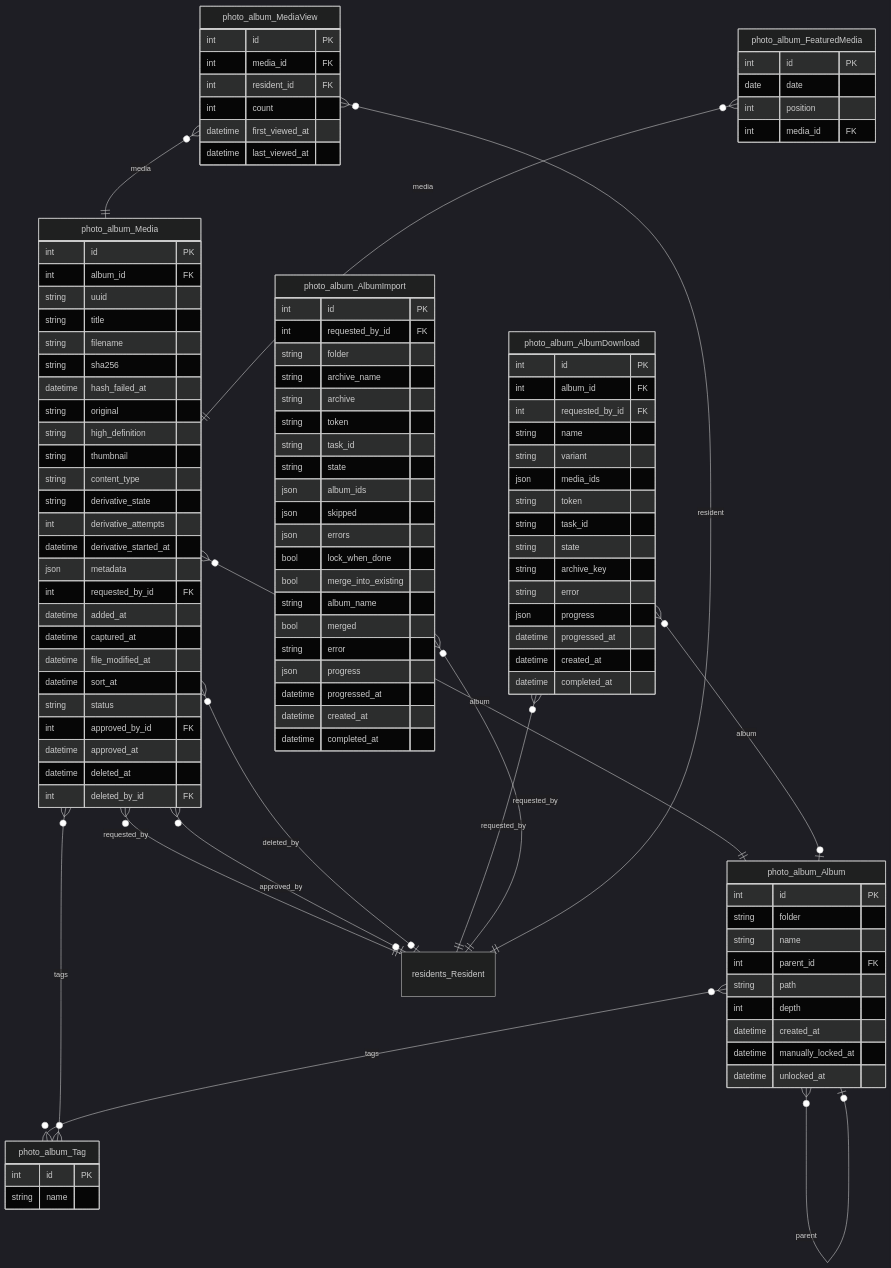
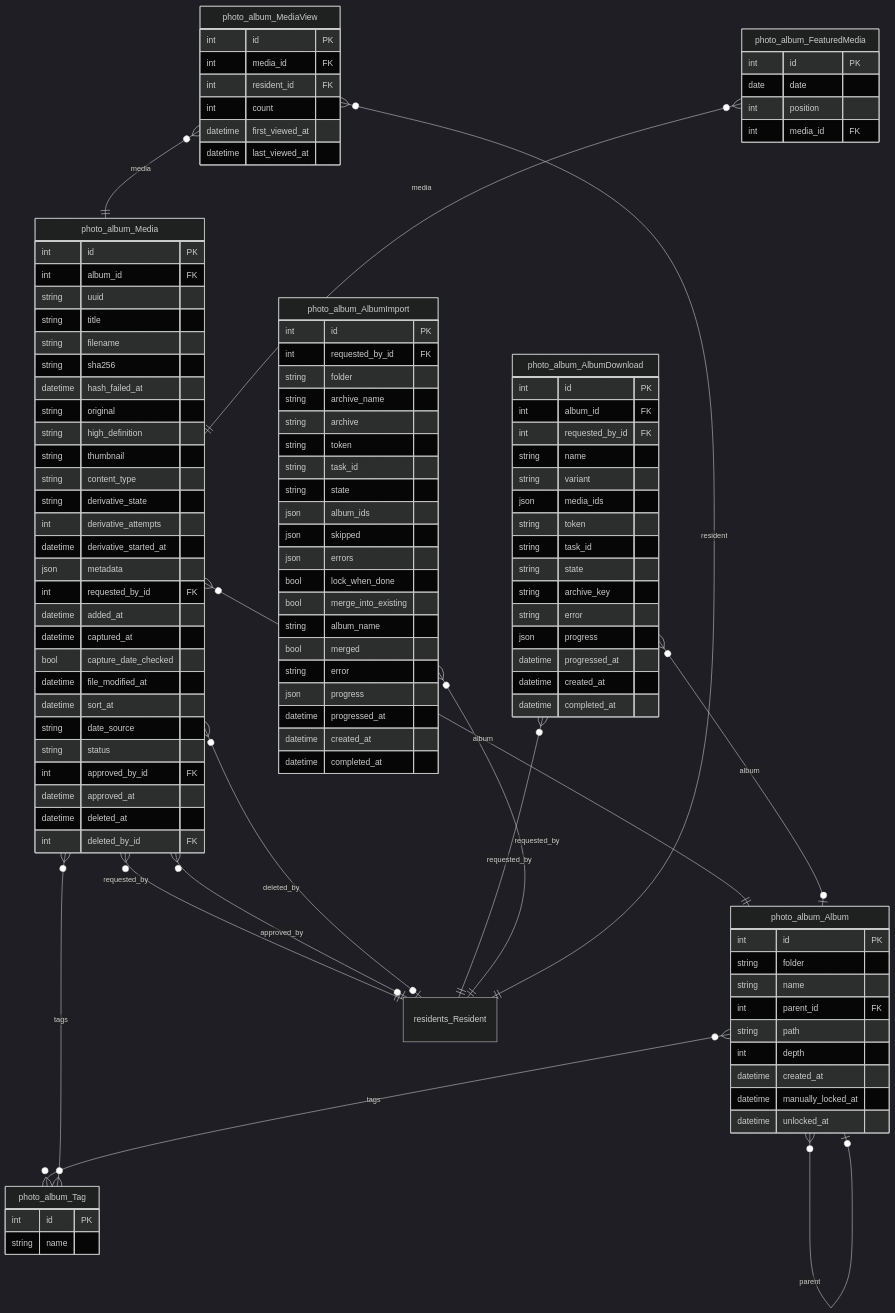
One commit to GAHK-org/gahk_intern changed diagram 12 of 16 in docs/erd.md. Above: the diagram before and after it, drawn with Mermaid (dark theme). The commit also changed other lines of this file and 14 other files, not shown here.

```diff
--- a/docs/erd.md
+++ b/docs/erd.md
@@ -1397,8 +1399,10 @@
         int requested_by_id FK
         datetime added_at
         datetime captured_at
+        bool capture_date_checked
         datetime file_modified_at
         datetime sort_at
+        string date_source
         string status
         int approved_by_id FK
         datetime approved_at
```
